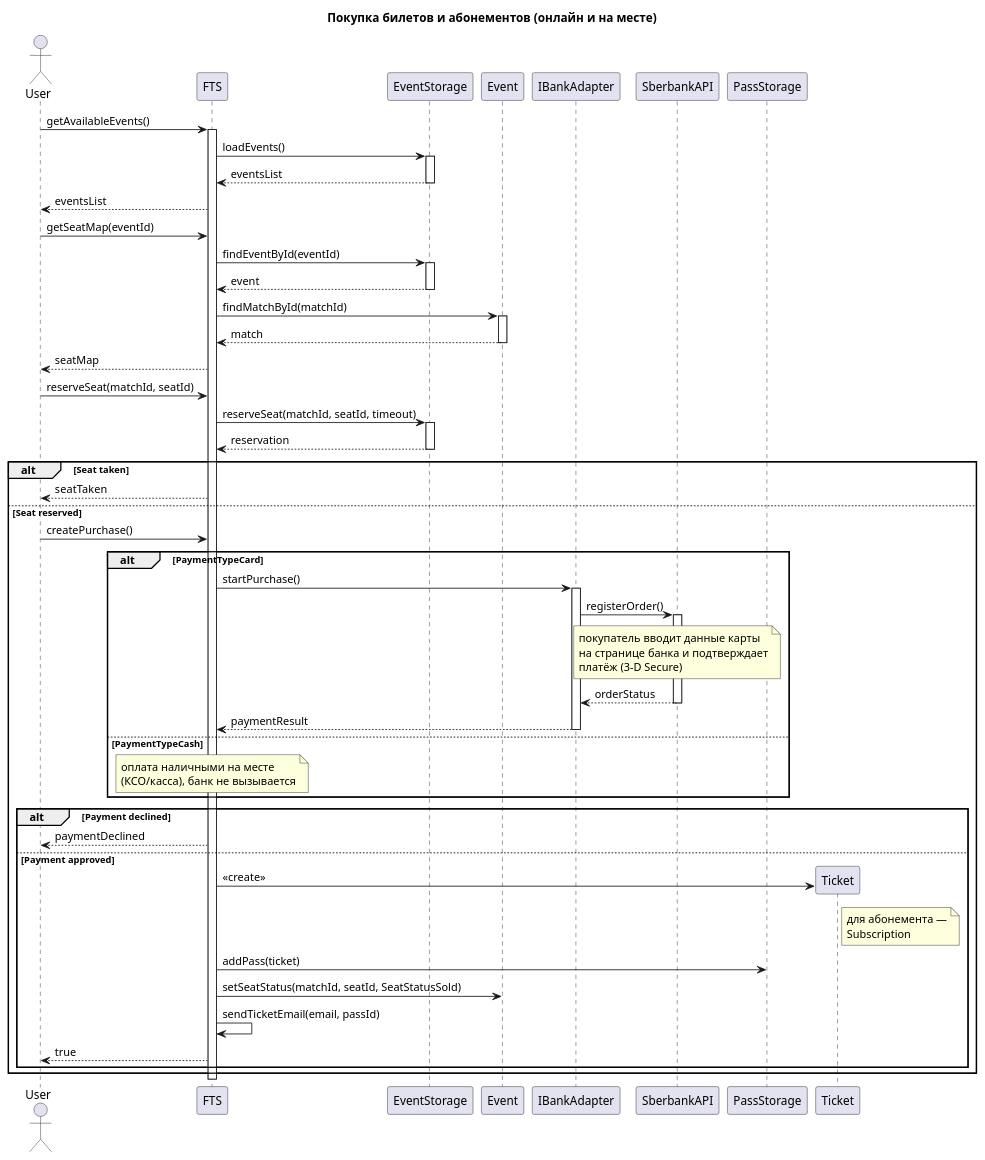
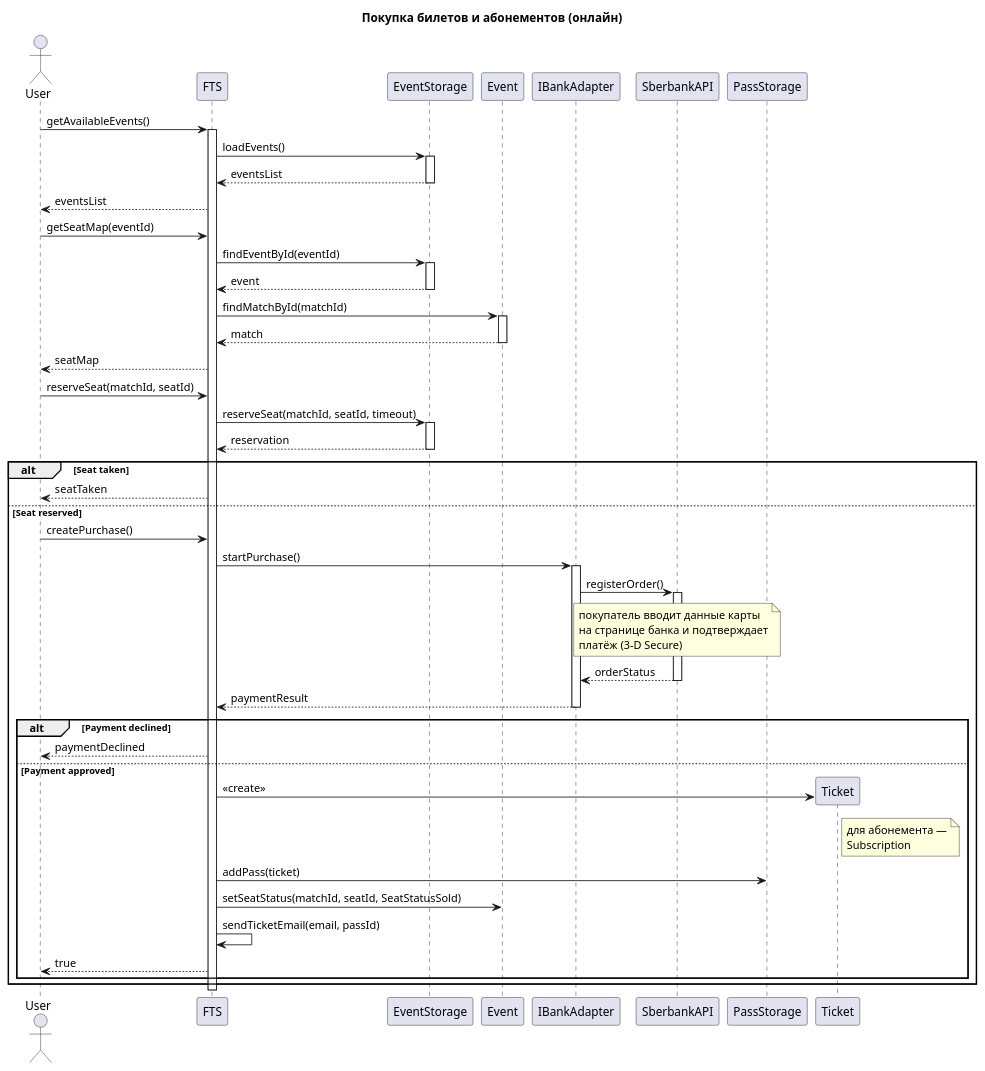
One commit to penamarth/bsbo-11-24_team5_var10_football changed the diagram in Преценденты/Покупка билетов и абонементов/Диаграмма последовательности.md. Above: the diagram before and after it, drawn with PlantUML. The commit also changed 7 other files, not shown here.

````diff
--- a/Преценденты/Покупка билетов и абонементов/Диаграмма последовательности.md
+++ b/Преценденты/Покупка билетов и абонементов/Диаграмма последовательности.md
@@ -2,72 +2,68 @@
 ```plantuml
 @startuml
-title Покупка билетов и абонементов (онлайн и на месте)
+title Покупка билетов и абонементов (онлайн)
 
 actor "User" as User
 participant "FTS" as FTS
 participant "EventStorage" as EventStorage
 participant "Event" as Event
 participant "IBankAdapter" as Bank
 participant "SberbankAPI" as Sber
 participant "PassStorage" as PassStorage
 
 User -> FTS : getAvailableEvents()
 activate FTS
 FTS -> EventStorage : loadEvents()
 activate EventStorage
 EventStorage --> FTS : eventsList
 deactivate EventStorage
 FTS --> User : eventsList
 
 User -> FTS : getSeatMap(eventId)
 FTS -> EventStorage : findEventById(eventId)
 activate EventStorage
 EventStorage --> FTS : event
 deactivate EventStorage
 FTS -> Event : findMatchById(matchId)
 activate Event
 Event --> FTS : match
 deactivate Event
 FTS --> User : seatMap
 
 User -> FTS : reserveSeat(matchId, seatId)
 FTS -> EventStorage : reserveSeat(matchId, seatId, timeout)
 activate EventStorage
 EventStorage --> FTS : reservation
 deactivate EventStorage
 
 alt Seat taken
     FTS --> User : seatTaken
 else Seat reserved
     User -> FTS : createPurchase()
 
-    alt PaymentTypeCard
-        FTS -> Bank : startPurchase()
-        activate Bank
-        Bank -> Sber : registerOrder()
-        activate Sber
-        note over Sber : покупатель вводит данные карты\nна странице банка и подтверждает\nплатёж (3-D Secure)
-        Sber --> Bank : orderStatus
-        deactivate Sber
-        Bank --> FTS : paymentResult
-        deactivate Bank
-    else PaymentTypeCash
-        note over FTS : оплата наличными на месте\n(КСО/касса), банк не вызывается
-    end
+    FTS -> Bank : startPurchase()
+    activate Bank
+    Bank -> Sber : registerOrder()
+    activate Sber
+    note over Sber : покупатель вводит данные карты\nна странице банка и подтверждает\nплатёж (3-D Secure)
+    Sber --> Bank : orderStatus
+    deactivate Sber
+    Bank --> FTS : paymentResult
+    deactivate Bank
 
     alt Payment declined
         FTS --> User : paymentDeclined
     else Payment approved
         create participant "Ticket" as Ticket
         FTS -> Ticket : <<create>>
         note right of Ticket : для абонемента —\nSubscription
         FTS -> PassStorage : addPass(ticket)
         FTS -> Event : setSeatStatus(matchId, seatId, SeatStatusSold)
         FTS -> FTS : sendTicketEmail(email, passId)
         FTS --> User : true
     end
 end
 
 deactivate FTS
 @enduml
 ```
````
